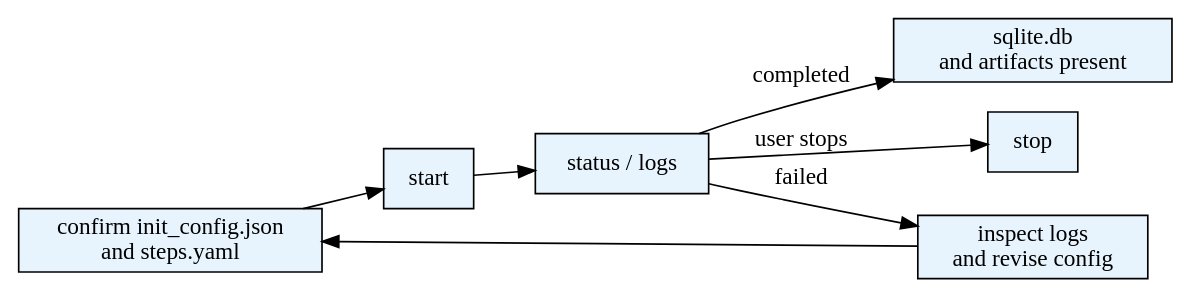
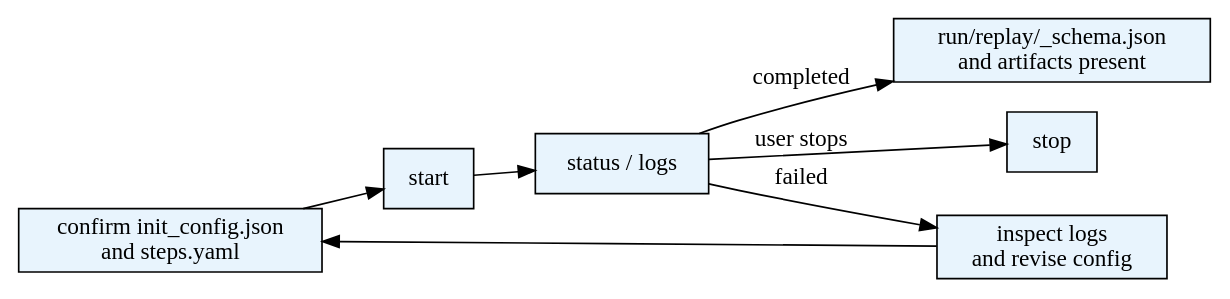
Before and after one commit to miaoqijun/AgentSociety: the diagram in extension/skills/agentsociety-run-experiment/v1.0.0/SKILL.md, drawn with Graphviz. The commit also changed other lines of this file and 391 other files, not shown here.

````diff
--- a/extension/skills/agentsociety-run-experiment/v1.0.0/SKILL.md
+++ b/extension/skills/agentsociety-run-experiment/v1.0.0/SKILL.md
@@ -36,18 +36,18 @@
 ```dot
 digraph run_experiment_flow {
     rankdir=LR;
     node [shape=box, style=filled, fillcolor="#E8F4FD"];
     check [label="confirm init_config.json\nand steps.yaml"];
     start [label="start"];
     status [label="status / logs"];
-    done [label="sqlite.db\nand artifacts present"];
+    done [label="run/replay/_schema.json\nand artifacts present"];
     stop [label="stop"];
     fix [label="inspect logs\nand revise config"];
 
     check -> start -> status;
     status -> done [label="completed"];
     status -> stop [label="user stops"];
     status -> fix [label="failed"];
     fix -> check;
 }
 ```
````
